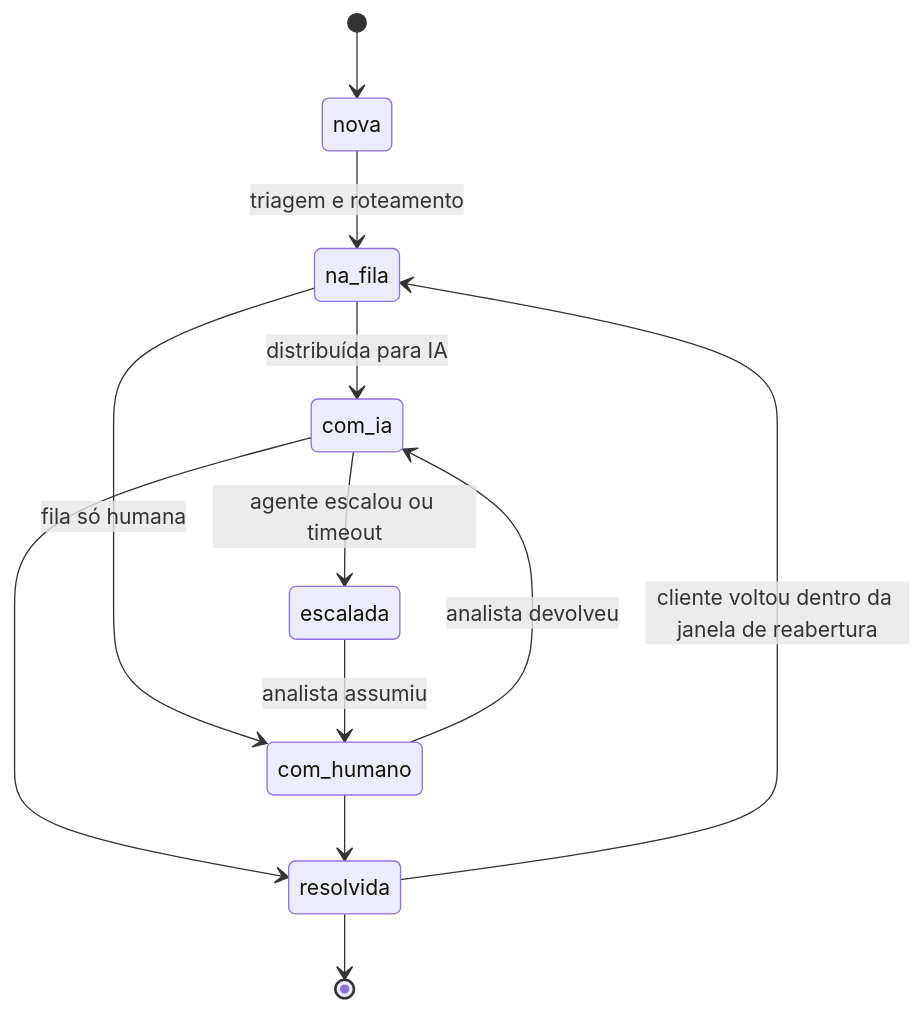
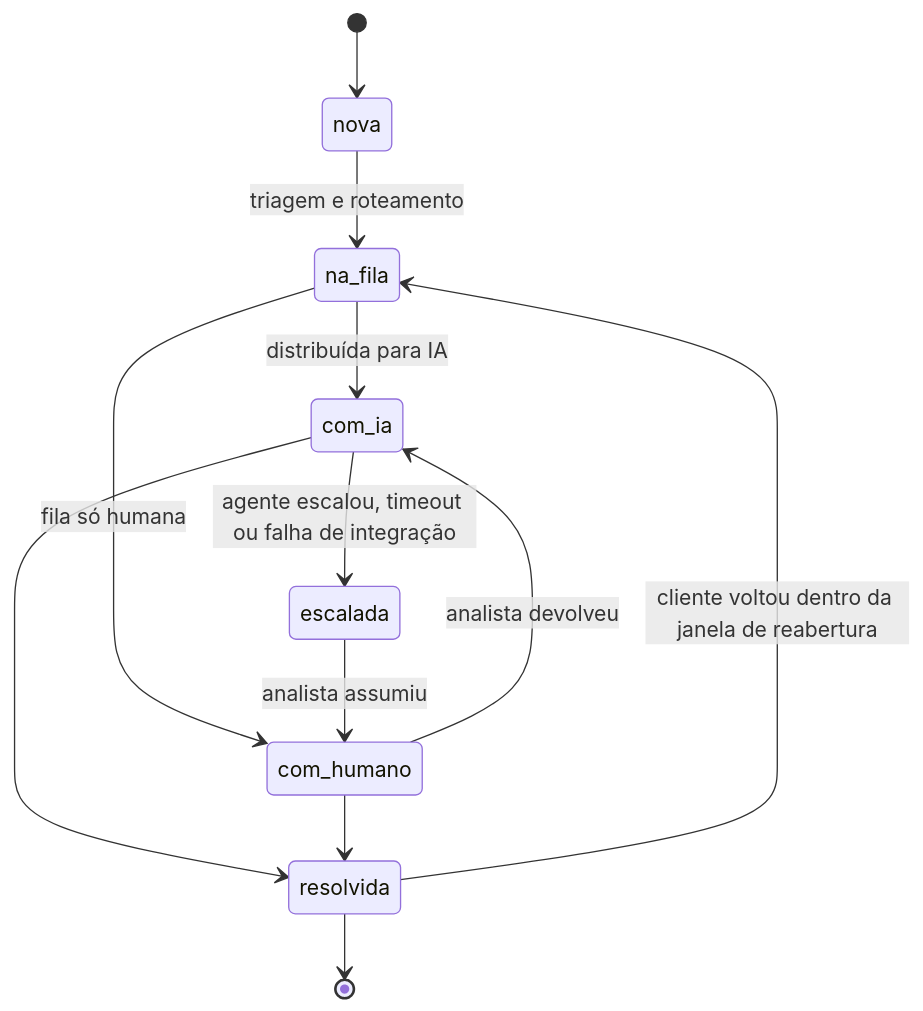
One commit to igor-rodriguess/Case_CloudWalk changed the third of 5 diagrams in Contexto_projeto/arquitetura.md. Above: the diagram before and after it, drawn with Mermaid. The commit also changed other lines of this file and 2 other files, not shown here.

First line of the commit message:
docs: diagramas da arquitetura e guia de implementação

````diff
--- a/Contexto_projeto/arquitetura.md
+++ b/Contexto_projeto/arquitetura.md
@@ -118,14 +146,14 @@
 ```mermaid
 stateDiagram-v2
     [*] --> nova
     nova --> na_fila: triagem e roteamento
     na_fila --> com_ia: distribuída para IA
     na_fila --> com_humano: fila só humana
-    com_ia --> escalada: agente escalou ou timeout
+    com_ia --> escalada: agente escalou, timeout ou falha de integração
     escalada --> com_humano: analista assumiu
     com_humano --> com_ia: analista devolveu
     com_ia --> resolvida
     com_humano --> resolvida
     resolvida --> na_fila: cliente voltou dentro da janela de reabertura
     resolvida --> [*]
 ```
````
